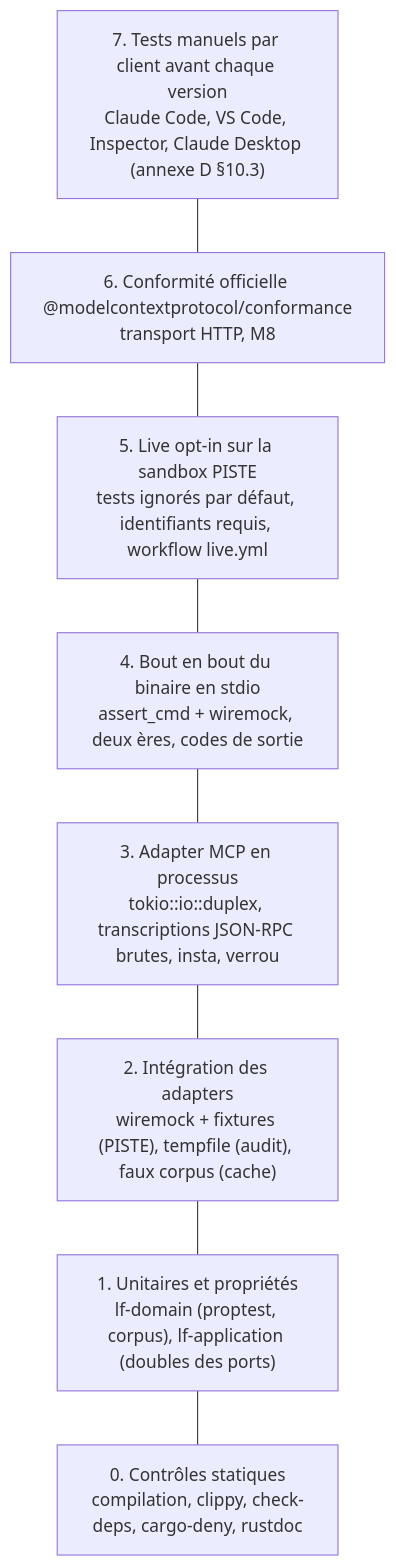
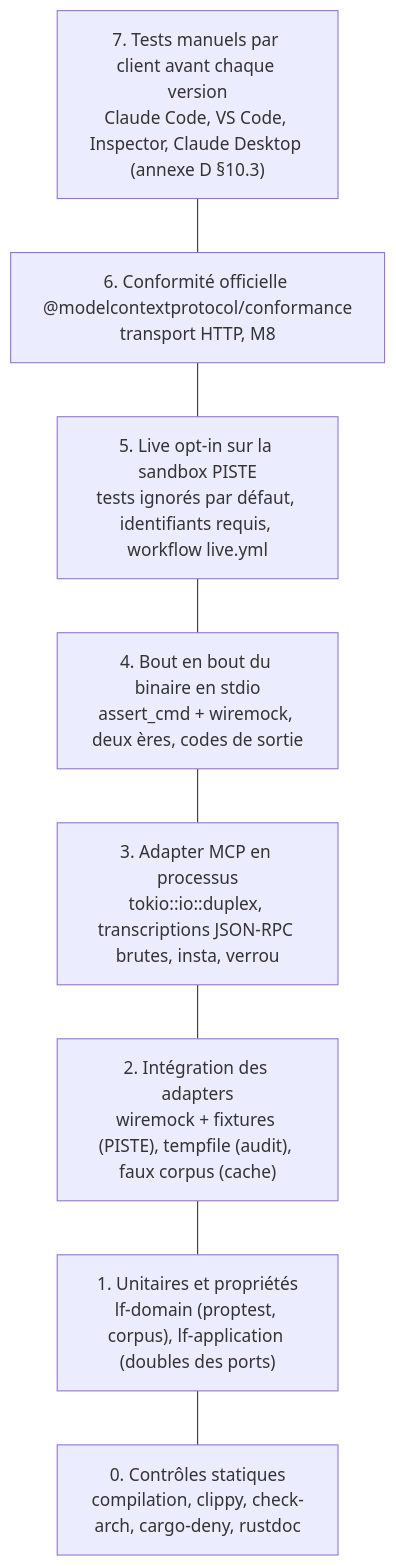
One commit to muchiny/mcp-legifrance changed the first of 3 diagrams in docs/plan/06-qualite.md. Above: the diagram before and after it, drawn with Mermaid. The commit also changed other lines of this file and 11 other files, not shown here.

````diff
--- a/docs/plan/06-qualite.md
+++ b/docs/plan/06-qualite.md
@@ -57,12 +58,12 @@
 ```mermaid
 flowchart TB
   L7["7. Tests manuels par client avant chaque version<br/>Claude Code, VS Code, Inspector, Claude Desktop (annexe D §10.3)"]
   L6["6. Conformité officielle @modelcontextprotocol/conformance<br/>transport HTTP, M8"]
   L5["5. Live opt-in sur la sandbox PISTE<br/>tests ignorés par défaut, identifiants requis, workflow live.yml"]
   L4["4. Bout en bout du binaire en stdio<br/>assert_cmd + wiremock, deux ères, codes de sortie"]
   L3["3. Adapter MCP en processus<br/>tokio::io::duplex, transcriptions JSON-RPC brutes, insta, verrou"]
   L2["2. Intégration des adapters<br/>wiremock + fixtures (PISTE), tempfile (audit), faux corpus (cache)"]
   L1["1. Unitaires et propriétés<br/>lf-domain (proptest, corpus), lf-application (doubles des ports)"]
-  L0["0. Contrôles statiques<br/>compilation, clippy, check-deps, cargo-deny, rustdoc"]
+  L0["0. Contrôles statiques<br/>compilation, clippy, check-arch, cargo-deny, rustdoc"]
   L7 --- L6 --- L5 --- L4 --- L3 --- L2 --- L1 --- L0
 ```
````
